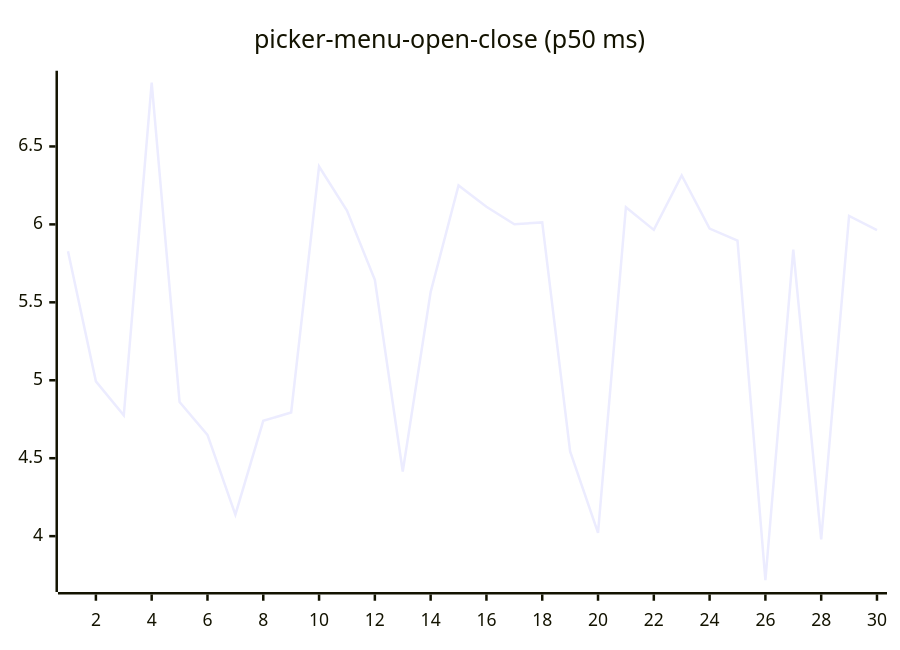
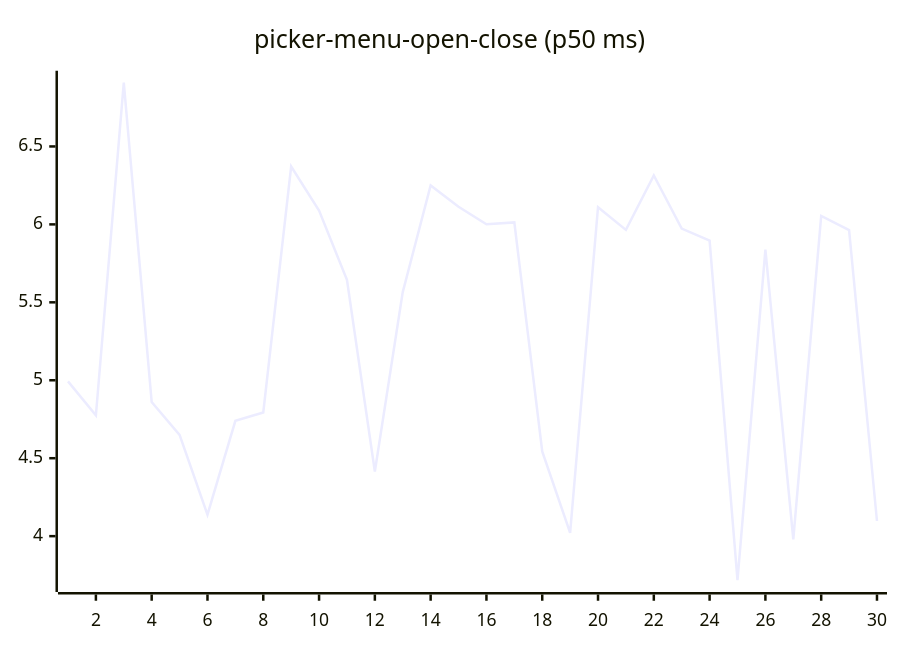
Diagram 16 of 27 in README.md (josha/Facet), drawn with Mermaid before and after one commit. The commit also changed other lines of this file and 2 other files, not shown here.

````diff
--- a/README.md
+++ b/README.md
@@ -168,6 +168,6 @@
 ```mermaid
 xychart-beta
     title "picker-menu-open-close (p50 ms)"
     x-axis 1 --> 30
-    line [5.8275, 4.9929, 4.7749, 6.9094, 4.8605, 4.6493, 4.1383, 4.7397, 4.7934, 6.3713, 6.0885, 5.6440, 4.4145, 5.5656, 6.2500, 6.1133, 6.0006, 6.0128, 4.5439, 4.0216, 6.1100, 5.9646, 6.3137, 5.9733, 5.8960, 3.7179, 5.8378, 3.9788, 6.0543, 5.9629]
+    line [4.9929, 4.7749, 6.9094, 4.8605, 4.6493, 4.1383, 4.7397, 4.7934, 6.3713, 6.0885, 5.6440, 4.4145, 5.5656, 6.2500, 6.1133, 6.0006, 6.0128, 4.5439, 4.0216, 6.1100, 5.9646, 6.3137, 5.9733, 5.8960, 3.7179, 5.8378, 3.9788, 6.0543, 5.9629, 4.0972]
 ```
````
